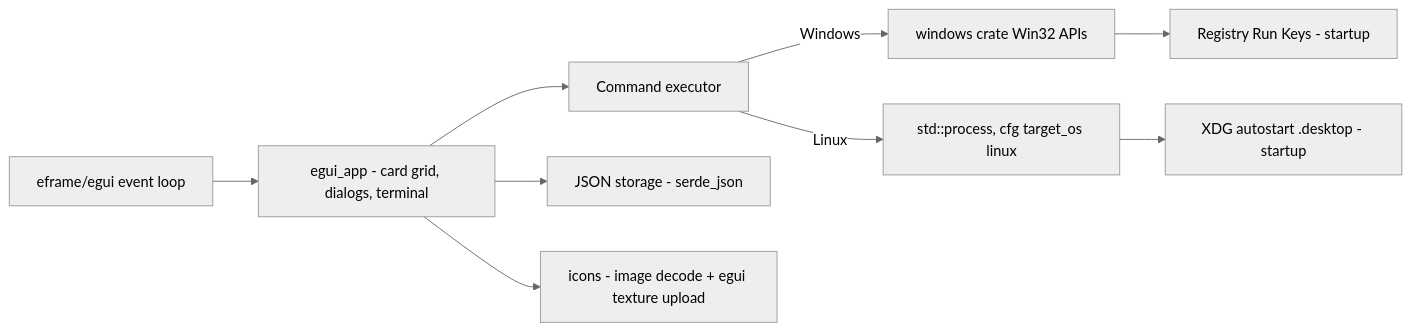
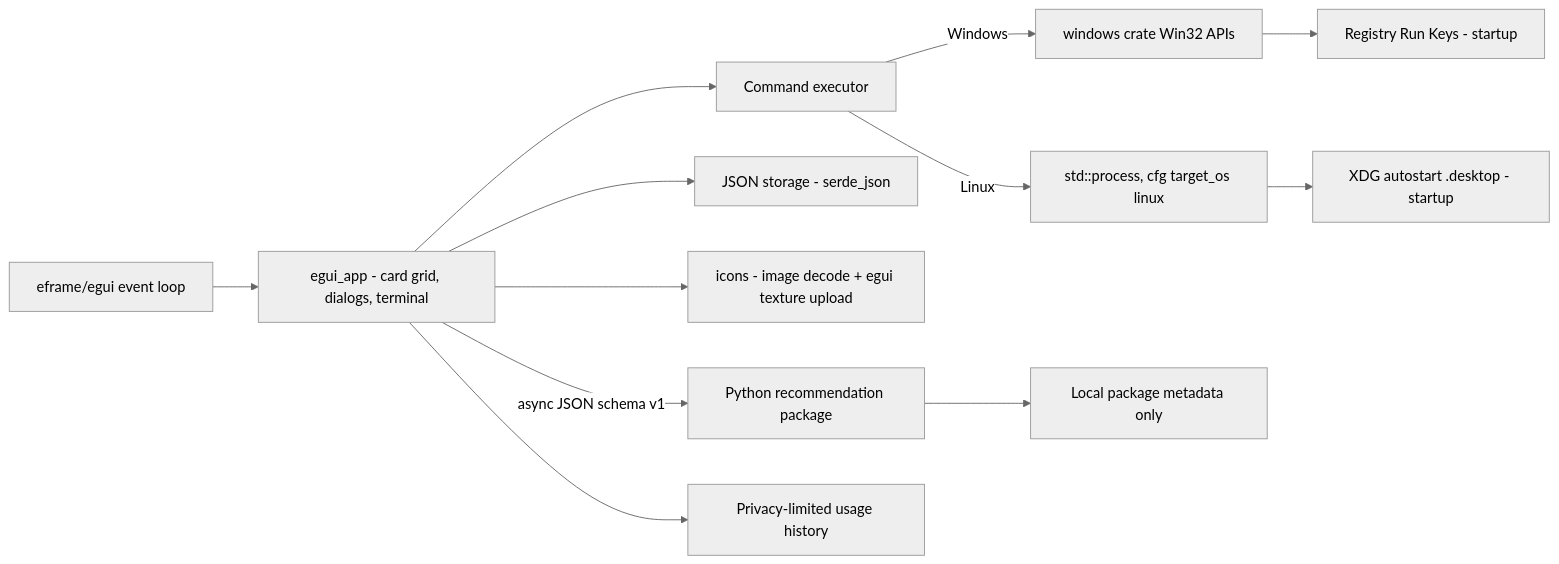
The first of 2 diagrams in aidd_docs/memory/architecture.md (RebelliousSmile/DevToolBox), drawn with Mermaid (neutral theme) before and after one commit. The commit also changed other lines of this file and 21 other files, not shown here.

````diff
--- a/aidd_docs/memory/architecture.md
+++ b/aidd_docs/memory/architecture.md
@@ -35,11 +44,14 @@
 ```mermaid
 flowchart LR
     EL[eframe/egui event loop] --> UI[egui_app - card grid, dialogs, terminal]
     UI --> EXEC[Command executor]
     EXEC -->|Windows| WINAPI[windows crate Win32 APIs]
     EXEC -->|Linux| STDPROC[std::process, cfg target_os linux]
     UI --> STORE[JSON storage - serde_json]
     UI --> ICONS[icons - image decode + egui texture upload]
+    UI -->|async JSON schema v1| PYREC[Python recommendation package]
+    PYREC --> LOCAL[Local package metadata only]
+    UI --> USAGE[Privacy-limited usage history]
     WINAPI --> REG[Registry Run Keys - startup]
     STDPROC --> XDG[XDG autostart .desktop - startup]
 ```
````
